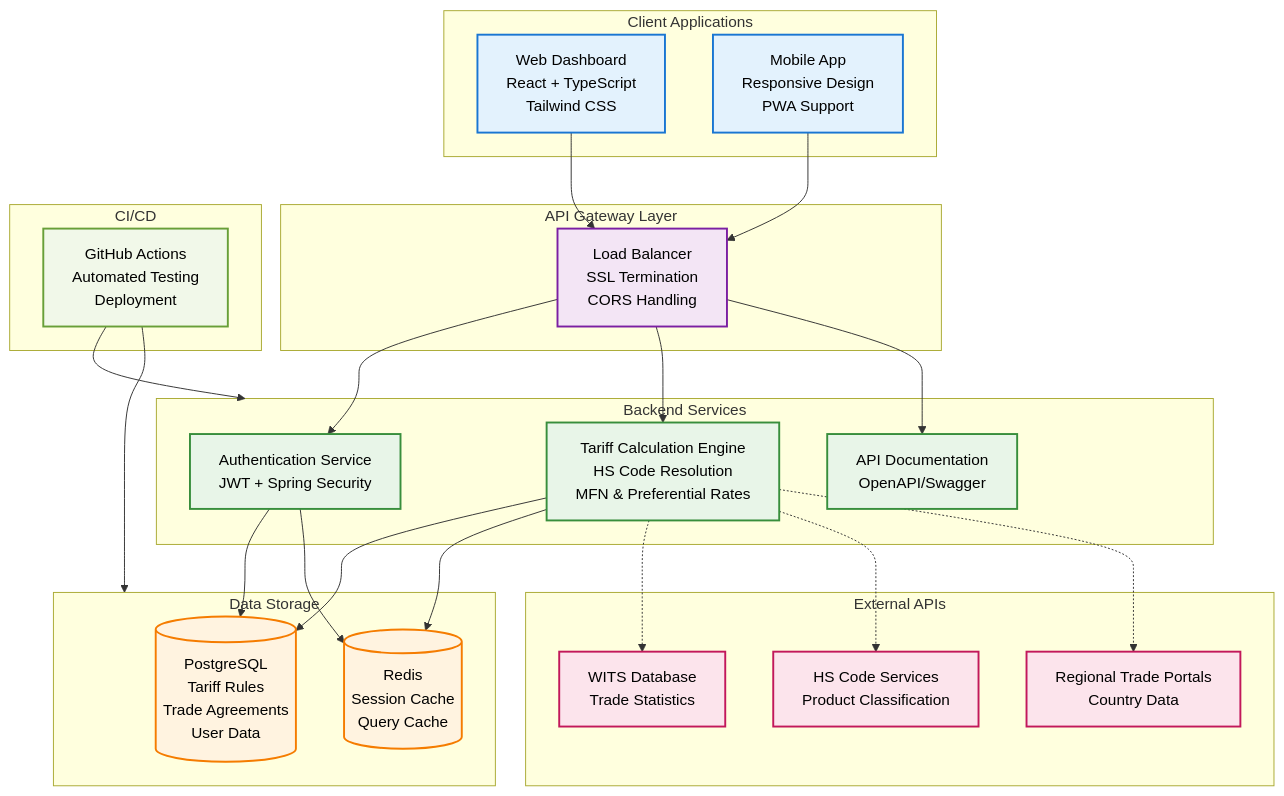
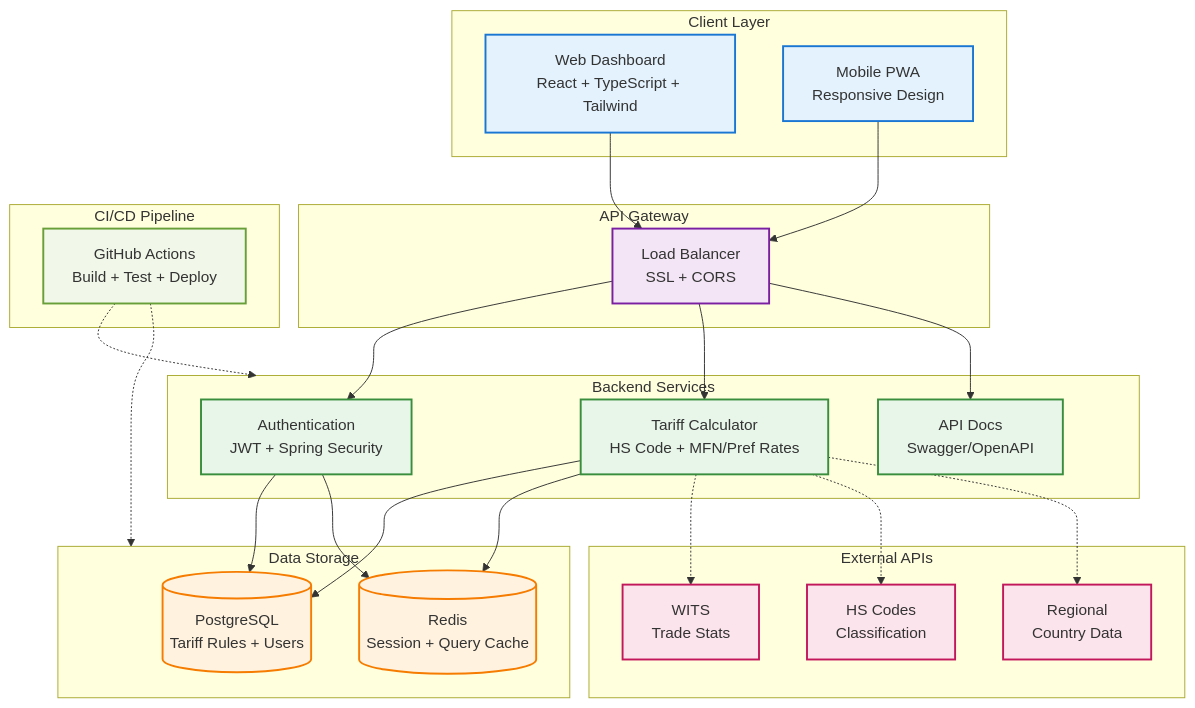
Before and after one commit to SaaiAravindhRaja/TariffSheriff: the first of 2 diagrams in README.md, drawn with Mermaid.

Commit message:
update system architecture diagram for clarity

````diff
--- a/README.md
+++ b/README.md
@@ -76,73 +76,65 @@
 ```mermaid
-graph TB
-    %% Client Layer
-    subgraph CLIENT["Client Applications"]
-        WEB["Web Dashboard<br/>React + TypeScript<br/>Tailwind CSS"]
-        MOBILE["Mobile App<br/>Responsive Design<br/>PWA Support"]
+flowchart TB
+    subgraph clients [" Client Layer "]
+        web[Web Dashboard<br/>React + TypeScript + Tailwind]
+        mobile[Mobile PWA<br/>Responsive Design]
     end
 
-    %% Load Balancer & Gateway
-    subgraph GATEWAY["API Gateway Layer"]
-        ALB["Load Balancer<br/>SSL Termination<br/>CORS Handling"]
+    subgraph gateway [" API Gateway "]
+        lb[Load Balancer<br/>SSL + CORS]
     end
 
-    %% Core Application Services
-    subgraph BACKEND["Backend Services"]
-        AUTH_SVC["Authentication Service<br/>JWT + Spring Security"]
-        CALC_ENGINE["Tariff Calculation Engine<br/>HS Code Resolution<br/>MFN & Preferential Rates"]
-        API_DOCS["API Documentation<br/>OpenAPI/Swagger"]
+    subgraph backend [" Backend Services "]
+        auth[Authentication<br/>JWT + Spring Security]
+        calc[Tariff Calculator<br/>HS Code + MFN/Pref Rates]
+        docs[API Docs<br/>Swagger/OpenAPI]
     end
 
-    %% Data Storage Layer
-    subgraph DATA_LAYER["Data Storage"]
-        PRIMARY_DB[("PostgreSQL<br/>Tariff Rules<br/>Trade Agreements<br/>User Data")]
-        CACHE_LAYER[("Redis<br/>Session Cache<br/>Query Cache")]
+    subgraph storage [" Data Storage "]
+        db[(PostgreSQL<br/>Tariff Rules + Users)]
+        cache[(Redis<br/>Session + Query Cache)]
     end
 
-    %% External Data Sources
-    subgraph EXTERNAL["External APIs"]
-        WITS_API["WITS Database<br/>Trade Statistics"]
-        HS_CODE_API["HS Code Services<br/>Product Classification"]
-        REGIONAL_API["Regional Trade Portals<br/>Country Data"]
+    subgraph external [" External APIs "]
+        wits[WITS<br/>Trade Stats]
+        hscode[HS Codes<br/>Classification]
+        regional[Regional<br/>Country Data]
     end
 
-    %% Infrastructure & DevOps
-    subgraph INFRA["CI/CD"]
-        CICD["GitHub Actions<br/>Automated Testing<br/>Deployment"]
+    subgraph cicd [" CI/CD Pipeline "]
+        actions[GitHub Actions<br/>Build + Test + Deploy]
     end
 
-    %% Data Flow Connections
-    WEB --> ALB
-    MOBILE --> ALB
+    web --> lb
+    mobile --> lb
 
-    ALB --> AUTH_SVC
-    ALB --> CALC_ENGINE
-    ALB --> API_DOCS
+    lb --> auth
+    lb --> calc
+    lb --> docs
 
-    AUTH_SVC --> PRIMARY_DB
-    AUTH_SVC --> CACHE_LAYER
+    auth --> db
+    auth --> cache
 
-    CALC_ENGINE --> PRIMARY_DB
-    CALC_ENGINE --> CACHE_LAYER
-    CALC_ENGINE -.-> WITS_API
-    CALC_ENGINE -.-> HS_CODE_API
-    CALC_ENGINE -.-> REGIONAL_API
+    calc --> db
+    calc --> cache
+    calc -.-> wits
+    calc -.-> hscode
+    calc -.-> regional
 
-    CICD --> BACKEND
-    CICD --> DATA_LAYER
+    actions -.-> backend
+    actions -.-> storage
 
-    %% Styling
-    classDef clientStyle fill:#e3f2fd,stroke:#1976d2,stroke-width:2px,color:#000
-    classDef gatewayStyle fill:#f3e5f5,stroke:#7b1fa2,stroke-width:2px,color:#000
-    classDef backendStyle fill:#e8f5e8,stroke:#388e3c,stroke-width:2px,color:#000
-    classDef dataStyle fill:#fff3e0,stroke:#f57c00,stroke-width:2px,color:#000
-    classDef externalStyle fill:#fce4ec,stroke:#c2185b,stroke-width:2px,color:#000
-    classDef infraStyle fill:#f1f8e9,stroke:#689f38,stroke-width:2px,color:#000
+    classDef clientClass fill:#e3f2fd,stroke:#1976d2,stroke-width:2px
+    classDef gatewayClass fill:#f3e5f5,stroke:#7b1fa2,stroke-width:2px
+    classDef backendClass fill:#e8f5e9,stroke:#388e3c,stroke-width:2px
+    classDef storageClass fill:#fff3e0,stroke:#f57c00,stroke-width:2px
+    classDef externalClass fill:#fce4ec,stroke:#c2185b,stroke-width:2px
+    classDef cicdClass fill:#f1f8e9,stroke:#689f38,stroke-width:2px
 
-    class WEB,MOBILE clientStyle
-    class ALB gatewayStyle
-    class AUTH_SVC,CALC_ENGINE,API_DOCS backendStyle
-    class PRIMARY_DB,CACHE_LAYER dataStyle
-    class WITS_API,HS_CODE_API,REGIONAL_API externalStyle
-    class CICD infraStyle
+    class web,mobile clientClass
+    class lb gatewayClass
+    class auth,calc,docs backendClass
+    class db,cache storageClass
+    class wits,hscode,regional externalClass
+    class actions cicdClass
 ```
````
